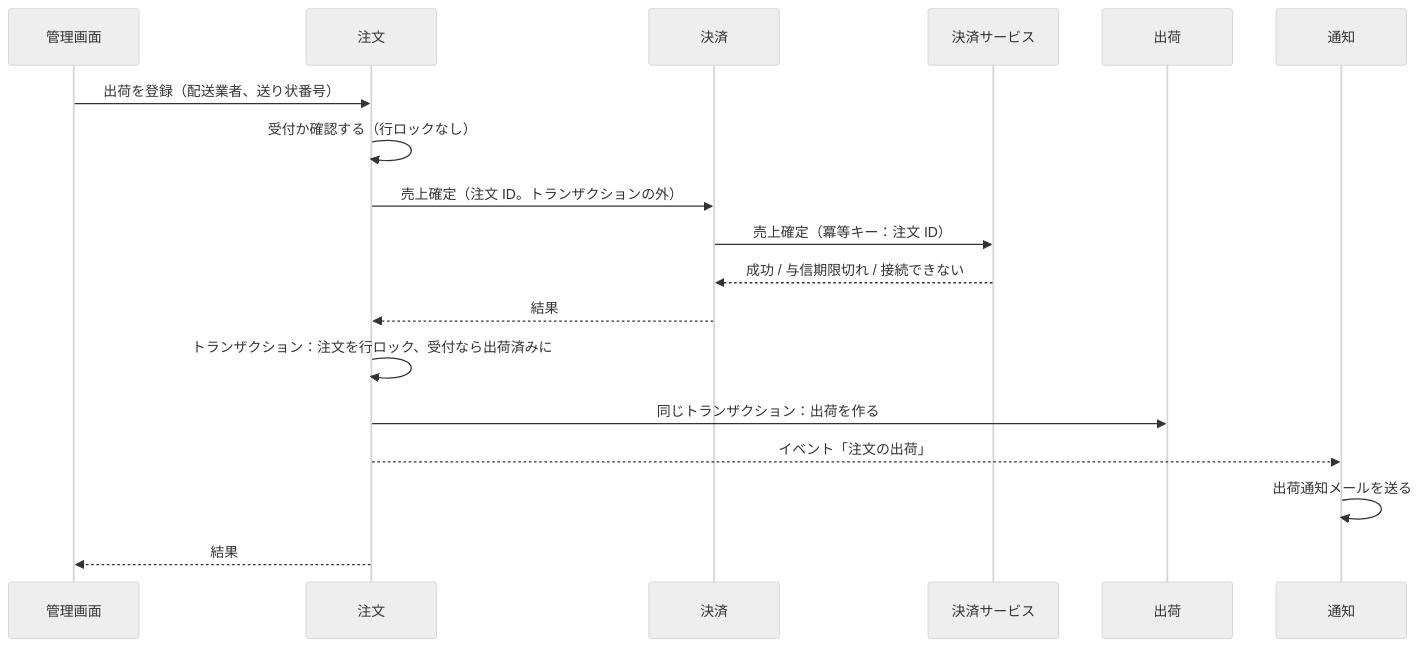
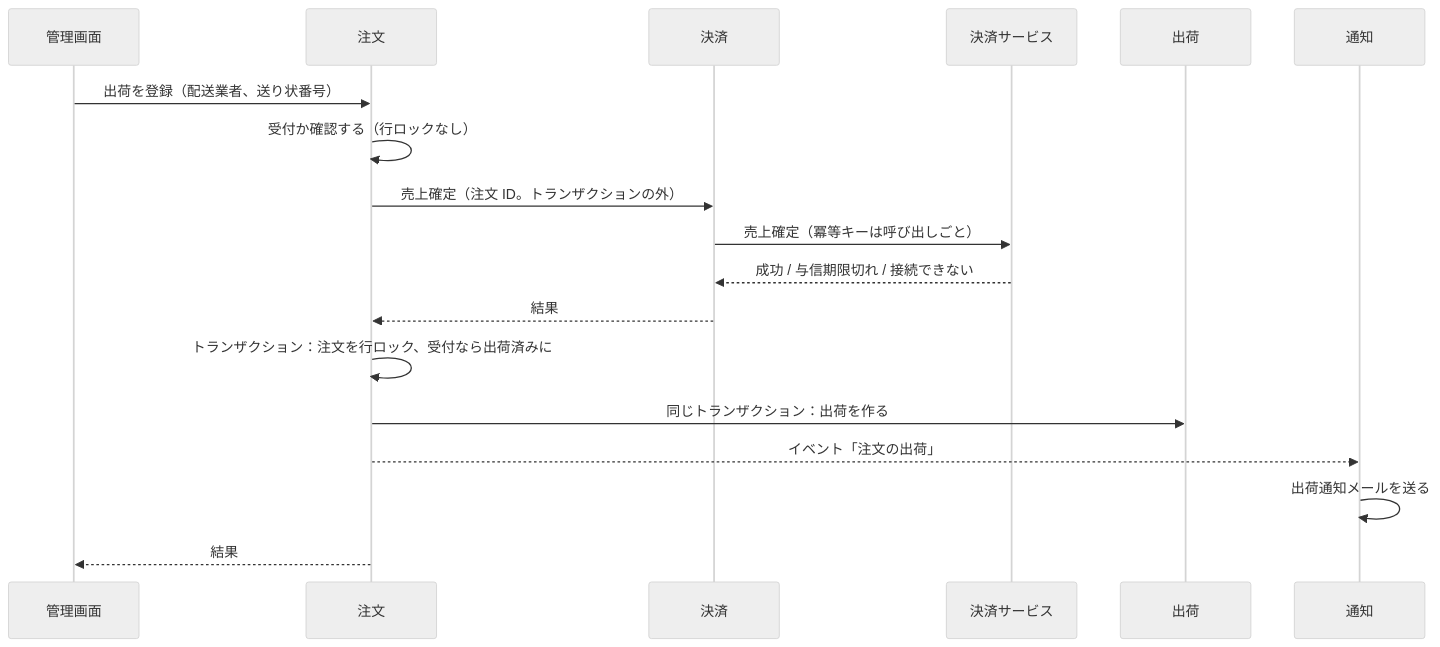
The fourth of 4 diagrams in docs/02-設計/order.md (roger88106/ec-site), drawn with Mermaid (neutral theme) before and after one commit. The commit also changed 2 other files, not shown here.

Commit message:
docs: T616-01-04 決済と注文の設計の冪等キーの記述を更新する
売上確定と返金で冪等キーを明示しないことと、その理由を決済の設計に書いた。
注文の設計の売上確定の図の 1 行も合わせた。機能仕様の「今有効な AC」と
AC 一覧は、spec を書いたときに転記済み。

````diff
--- a/docs/02-設計/order.md
+++ b/docs/02-設計/order.md
@@ -131,20 +131,20 @@
 ```mermaid
 sequenceDiagram
     participant A as 管理画面
     participant O as 注文
     participant P as 決済
     participant G as 決済サービス
     participant S as 出荷
     participant N as 通知
     A->>O: 出荷を登録（配送業者、送り状番号）
     O->>O: 受付か確認する（行ロックなし）
     O->>P: 売上確定（注文 ID。トランザクションの外）
-    P->>G: 売上確定（冪等キー：注文 ID）
+    P->>G: 売上確定（冪等キーは呼び出しごと）
     G-->>P: 成功 / 与信期限切れ / 接続できない
     P-->>O: 結果
     O->>O: トランザクション：注文を行ロック、受付なら出荷済みに
     O->>S: 同じトランザクション：出荷を作る
     O-->>N: イベント「注文の出荷」
     N->>N: 出荷通知メールを送る
     O-->>A: 結果
 ```
````
